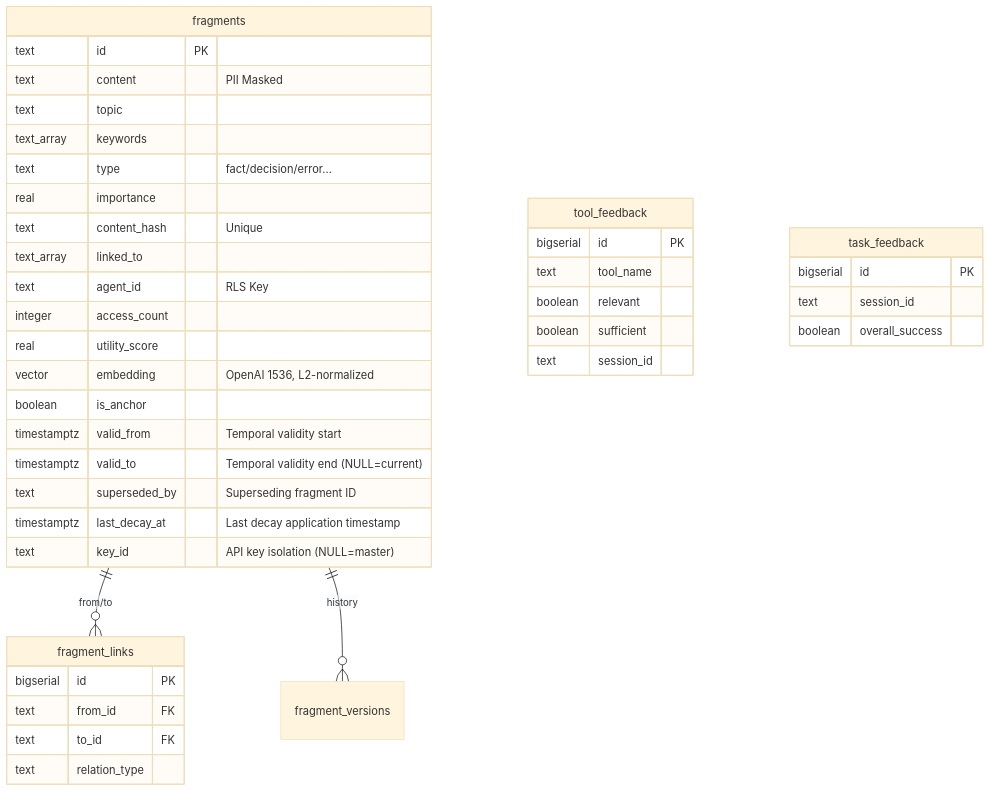
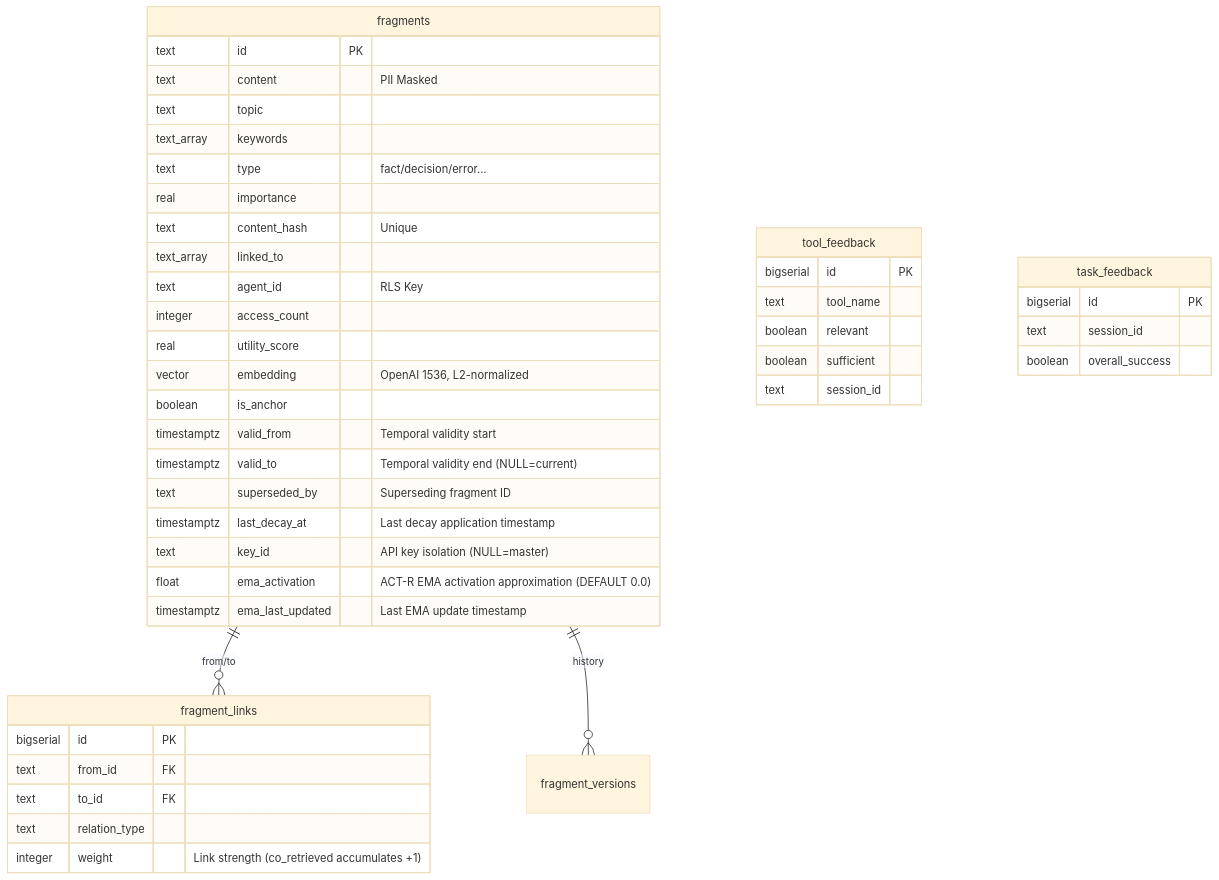
The diagram in README.en.md (pkkgh1519/memento-mcp), drawn with Mermaid (base theme) before and after one commit. The commit also changed other lines of this file and 1 other file, not shown here.

Commit message:
docs: README 최신화 - EMA, co-retrieved, SearchMetrics, MemoryConsolidator 15단계

````diff
--- a/README.en.md
+++ b/README.en.md
@@ -213,43 +221,46 @@
 ```mermaid
 erDiagram
     fragments ||--o{ fragment_links : "from/to"
     fragments ||--o{ fragment_versions : "history"
     fragments {
         text id PK
         text content "PII Masked"
         text topic
         text_array keywords
         text type "fact/decision/error..."
         real importance
         text content_hash "Unique"
         text_array linked_to
         text agent_id "RLS Key"
         integer access_count
         real utility_score
         vector embedding "OpenAI 1536, L2-normalized"
         boolean is_anchor
         timestamptz valid_from "Temporal validity start"
         timestamptz valid_to "Temporal validity end (NULL=current)"
         text superseded_by "Superseding fragment ID"
         timestamptz last_decay_at "Last decay application timestamp"
         text key_id "API key isolation (NULL=master)"
+        float ema_activation "ACT-R EMA activation approximation (DEFAULT 0.0)"
+        timestamptz ema_last_updated "Last EMA update timestamp"
     }
     fragment_links {
         bigserial id PK
         text from_id FK
         text to_id FK
         text relation_type
+        integer weight "Link strength (co_retrieved accumulates +1)"
     }
     tool_feedback {
         bigserial id PK
         text tool_name
         boolean relevant
         boolean sufficient
         text session_id
     }
     task_feedback {
         bigserial id PK
         text session_id
         boolean overall_success
     }
 ```
````
